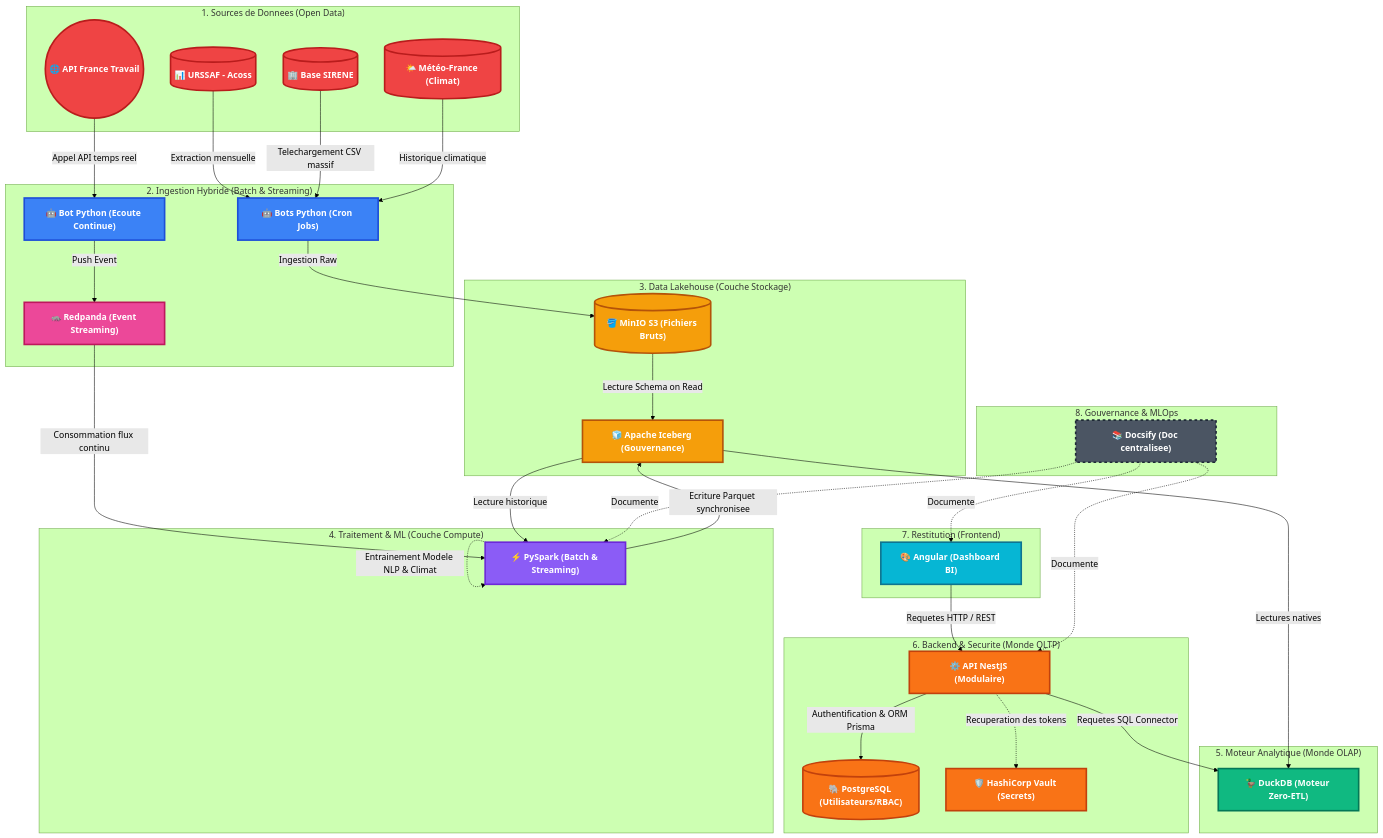
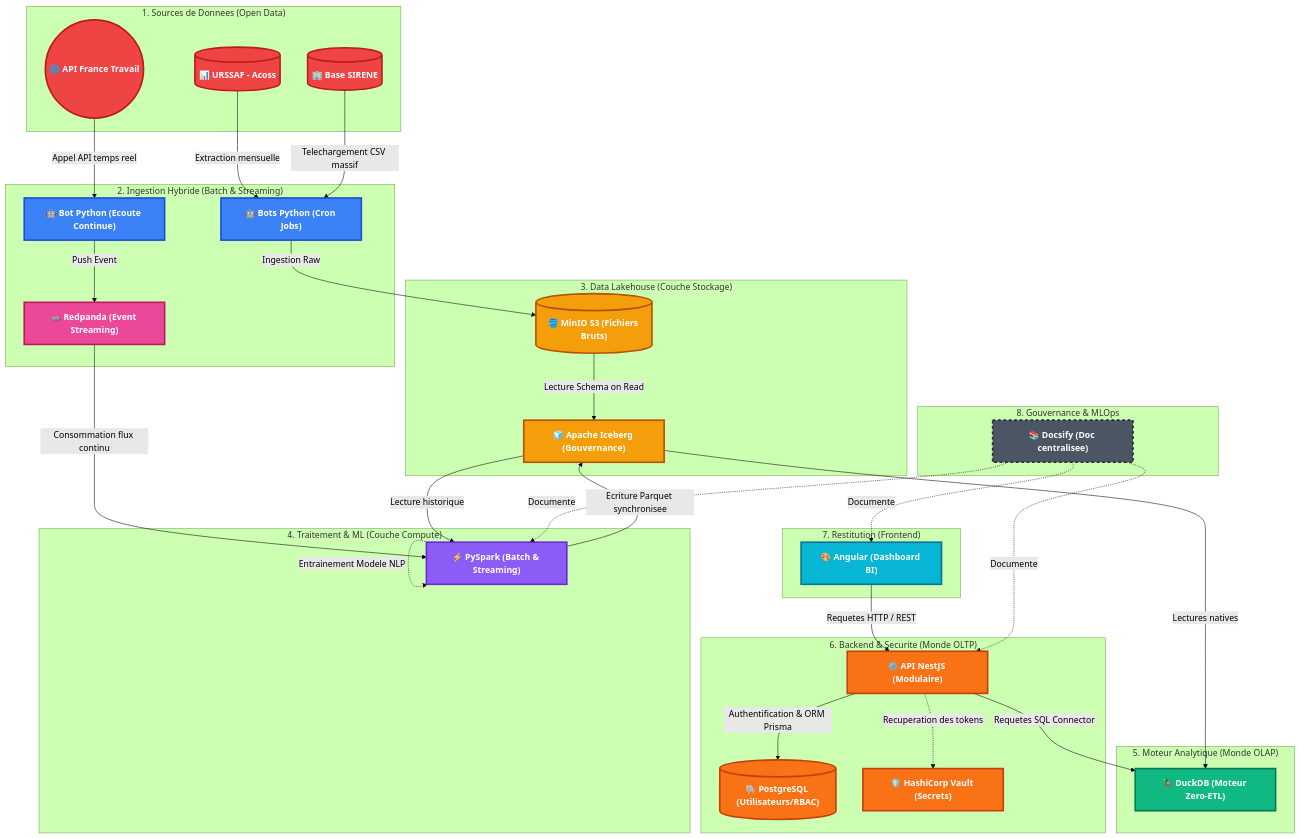
The diagram in docs/architecture/01.vue_ensemble.md (Anon31/data-skills-radar-docs), drawn with Mermaid (forest theme) before and after one commit. The commit also changed other lines of this file and 1 other file, not shown here.

Commit message:
docs(architecture): mise à jour de l'élément vue d'ensemble

```diff
--- a/docs/architecture/01.vue_ensemble.md
+++ b/docs/architecture/01.vue_ensemble.md
@@ -95,7 +94,6 @@
         S1[("📊 URSSAF - Acoss")]:::source
         S3[("🏢 Base SIRENE")]:::source
         S2(("🌐 API France Travail")):::source
-        S4[("🌤️ Météo-France (Climat)")]:::source
     end
 
     subgraph "2. Ingestion Hybride (Batch & Streaming)"
@@ -134,7 +132,6 @@
     %% Flux Ingestion
     S1 -->|Extraction mensuelle| Bot
     S3 -->|Telechargement CSV massif| Bot
-    S4 -->|Historique climatique| Bot
     Bot -->|Ingestion Raw| MinIO
 
     S2 -->|Appel API temps reel| StreamBot
@@ -145,7 +142,7 @@
     MinIO -->|Lecture Schema on Read| Iceberg
     Iceberg -->|Lecture historique| Spark
     Spark -->|Ecriture Parquet synchronisee| Iceberg
-    Spark -.->|Entrainement Modele NLP & Climat| Spark
+    Spark -.->|Entrainement Modele NLP| Spark
 
     %% API comme Chef d'Orchestre
     UI -->|Requetes HTTP / REST| API
```
